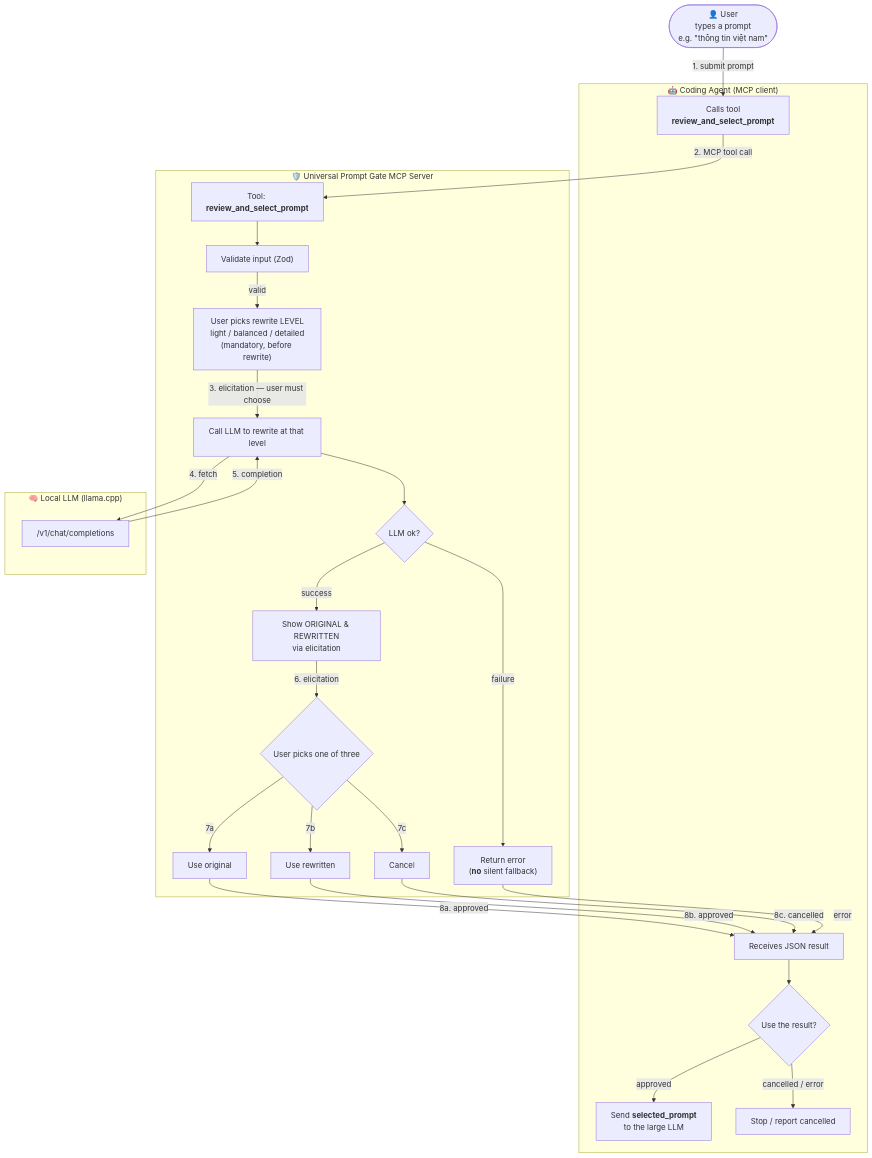
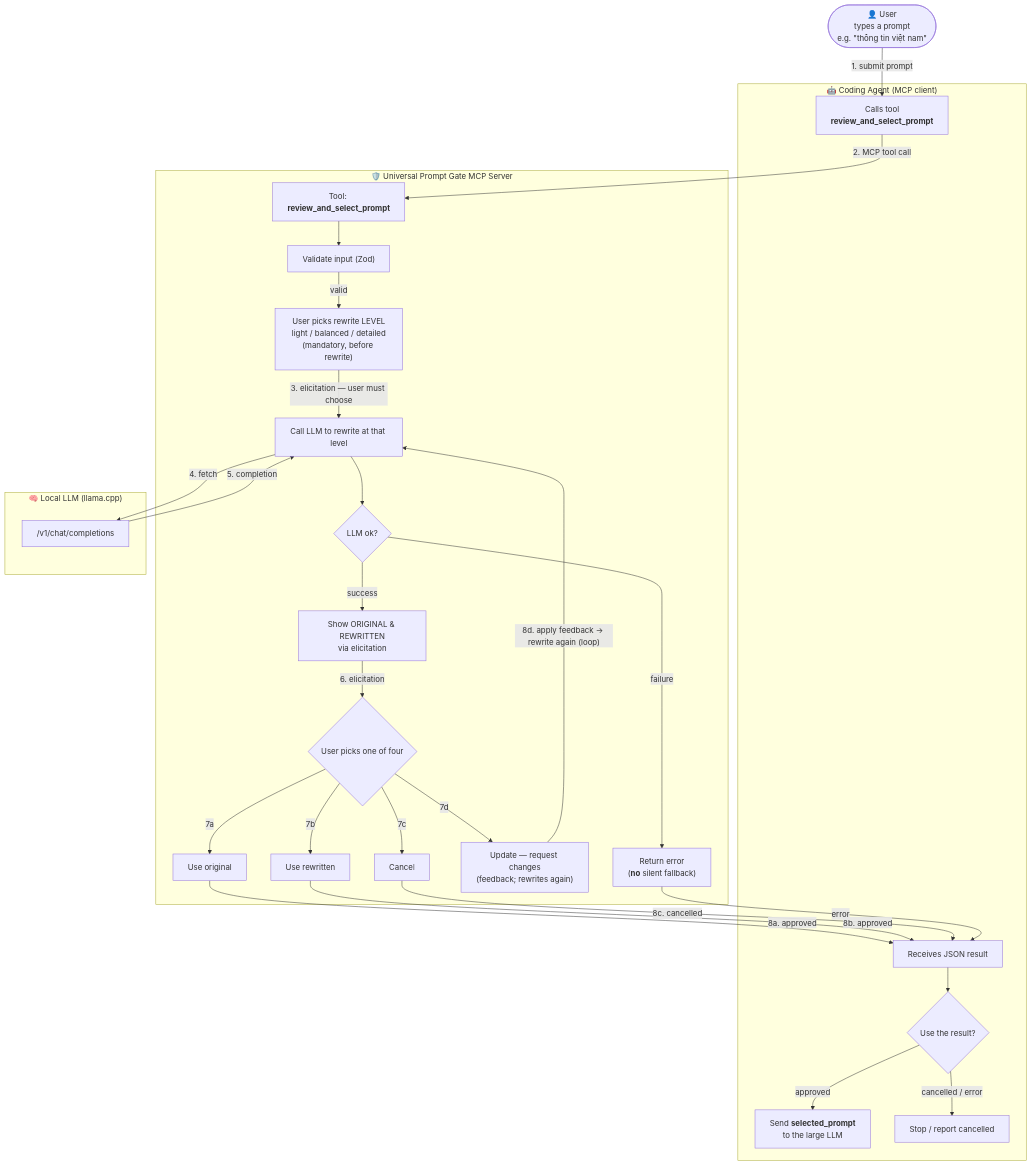
The diagram in README.md (nbhson/tool-prompt-rewrite-mcp), drawn with Mermaid before and after one commit. The commit also changed other lines of this file and 15 other files, not shown here.

First line of the commit message:
Add "update" option to the gate: request changes and loop the rewrite

````diff
--- a/README.md
+++ b/README.md
@@ -311,52 +320,55 @@
 ```mermaid
 flowchart TD
   U(["👤 User<br/>types a prompt<br/>e.g. &quot;thông tin việt nam&quot;"])
 
   subgraph AGENT["🤖 Coding Agent (MCP client)"]
     A1["Calls tool<br/><b>review_and_select_prompt</b>"]
     A3["Receives JSON result"]
     A4{"Use the result?"}
     AOK["Send <b>selected_prompt</b><br/>to the large LLM"]
     ASTOP["Stop / report cancelled"]
   end
 
   subgraph MCP["🛡️ Universal Prompt Gate MCP Server"]
     T["Tool: <b>review_and_select_prompt</b>"]
     V["Validate input (Zod)"]
     LP["User picks rewrite LEVEL<br/>light / balanced / detailed<br/>(mandatory, before rewrite)"]
     R["Call LLM to rewrite at that level"]
     RM{"LLM ok?"}
     RE["Return error<br/>(<b>no</b> silent fallback)"]
     E["Show ORIGINAL &amp; REWRITTEN<br/>via elicitation"]
-    CHOICE{"User picks one of three"}
+    CHOICE{"User picks one of four"}
     O1["Use original"]
     O2["Use rewritten"]
+    O4["Update — request changes<br/>(feedback; rewrites again)"]
     O3["Cancel"]
   end
 
   subgraph LLM["🧠 Local LLM (llama.cpp)"]
     L1["/v1/chat/completions"]
   end
 
   U -->|"1. submit prompt"| A1
   A1 -->|"2. MCP tool call"| T
   T --> V
   V -->|"valid"| LP
   LP -->|"3. elicitation — user must choose"| R
   R -->|"4. fetch"| L1
   L1 -->|"5. completion"| R
   R --> RM
   RM -->|failure| RE
   RM -->|success| E
   E -->|"6. elicitation"| CHOICE
   CHOICE -->|"7a"| O1
   CHOICE -->|"7b"| O2
+  CHOICE -->|"7d"| O4
   CHOICE -->|"7c"| O3
+  O4 -->|"8d. apply feedback → rewrite again (loop)"| R
   O1 -->|"8a. approved"| A3
   O2 -->|"8b. approved"| A3
   O3 -->|"8c. cancelled"| A3
   RE -->|error| A3
   A3 --> A4
   A4 -->|"approved"| AOK
   A4 -->|"cancelled / error"| ASTOP
 ```
````
